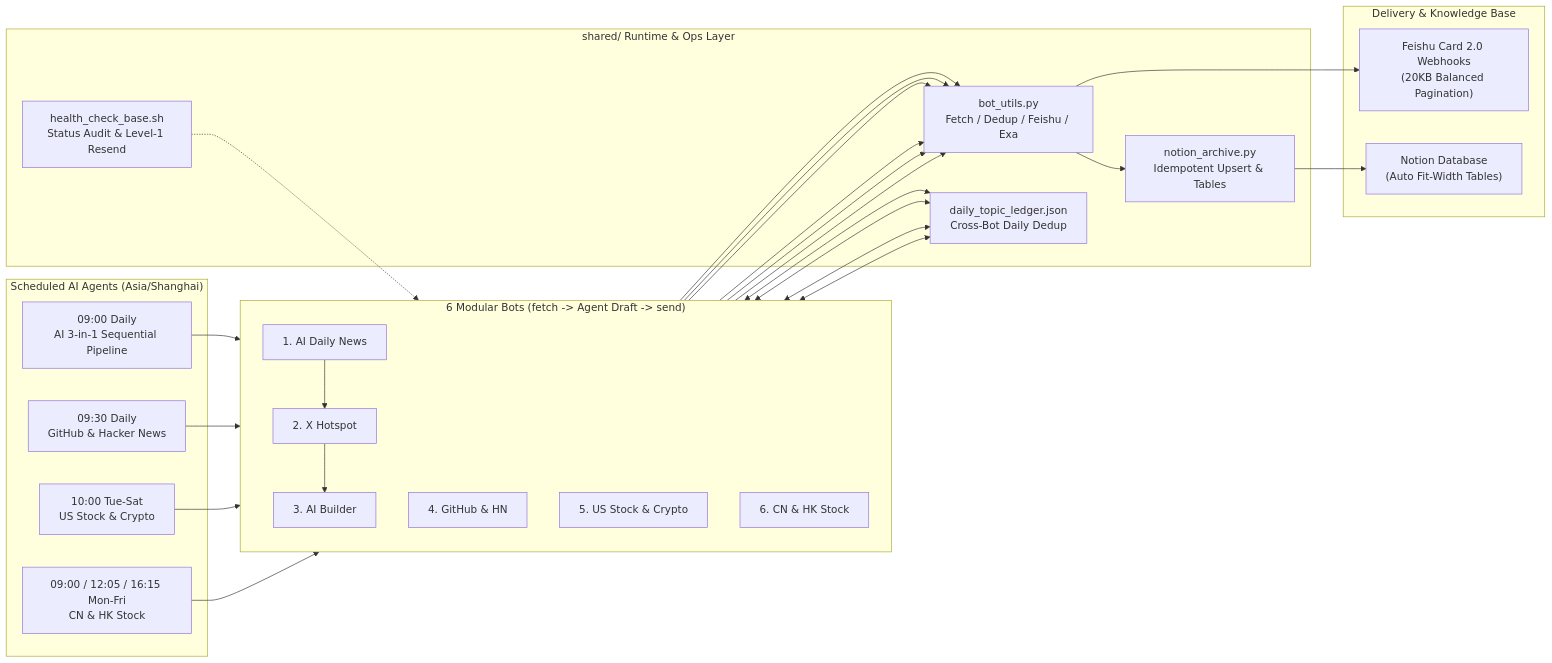
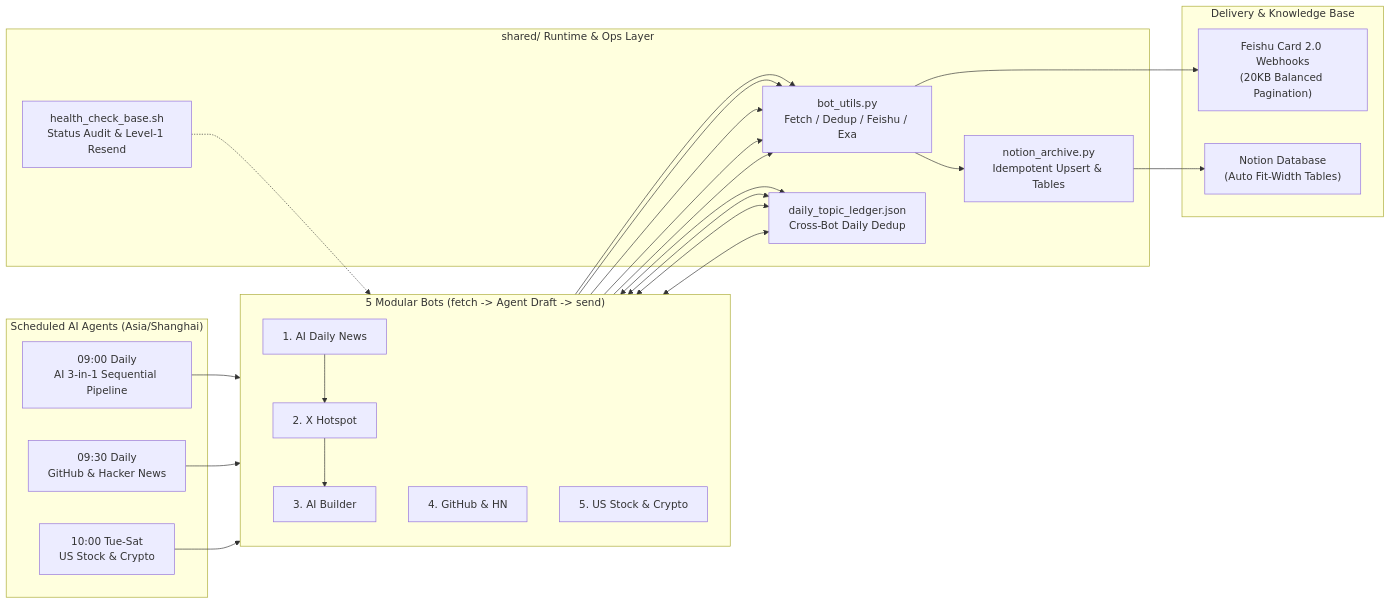
The diagram in README.md (shirleyisdoingrightthings/daily-bots), drawn with Mermaid before and after one commit. The commit also changed other lines of this file and 22 other files, not shown here.

````diff
--- a/README.md
+++ b/README.md
@@ -17,39 +17,36 @@
 ```mermaid
 flowchart LR
     subgraph Sched["Scheduled AI Agents (Asia/Shanghai)"]
         S1["09:00 Daily<br/>AI 3-in-1 Sequential Pipeline"]
         S2["09:30 Daily<br/>GitHub &amp; Hacker News"]
         S3["10:00 Tue-Sat<br/>US Stock &amp; Crypto"]
-        S4["09:00 / 12:05 / 16:15 Mon-Fri<br/>CN &amp; HK Stock"]
     end
 
-    subgraph Bots["6 Modular Bots (fetch -&gt; Agent Draft -&gt; send)"]
+    subgraph Bots["5 Modular Bots (fetch -&gt; Agent Draft -&gt; send)"]
         direction TB
         B1["1. AI Daily News"] --> B2["2. X Hotspot"] --> B3["3. AI Builder"]
         B4["4. GitHub &amp; HN"]
         B5["5. US Stock &amp; Crypto"]
-        B6["6. CN &amp; HK Stock"]
     end
 
     subgraph Shared["shared/ Runtime &amp; Ops Layer"]
         U["bot_utils.py<br/>Fetch / Dedup / Feishu / Exa"]
         L["daily_topic_ledger.json<br/>Cross-Bot Daily Dedup"]
         N["notion_archive.py<br/>Idempotent Upsert &amp; Tables"]
         H["health_check_base.sh<br/>Status Audit &amp; Level-1 Resend"]
     end
 
     subgraph Out["Delivery &amp; Knowledge Base"]
         F["Feishu Card 2.0 Webhooks<br/>(20KB Balanced Pagination)"]
         ND["Notion Database<br/>(Auto Fit-Width Tables)"]
     end
 
     S1 --> B1
     S2 --> B4
     S3 --> B5
-    S4 --> B6
     B1 & B2 & B3 & B4 <--> L
-    B1 & B2 & B3 & B4 & B5 & B6 --> U
+    B1 & B2 & B3 & B4 & B5 --> U
     U --> F
     U --> N --> ND
     H -.-> Bots
 ```
````
